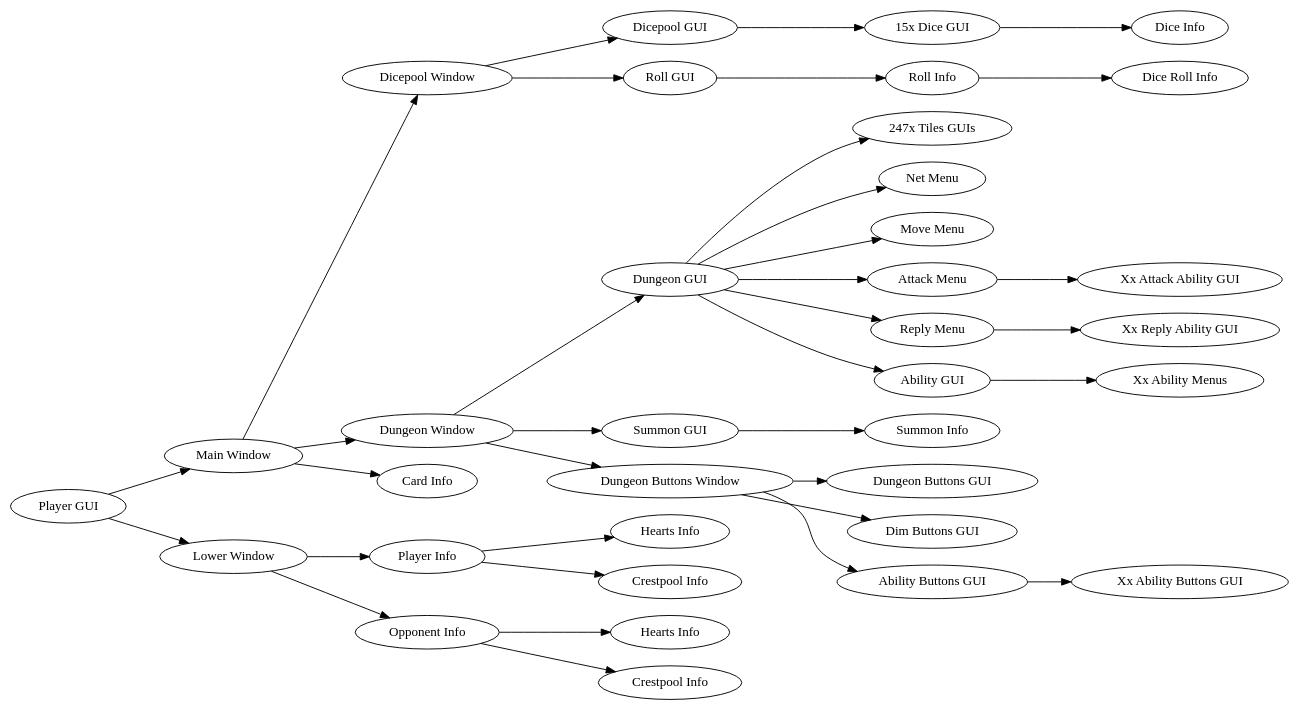
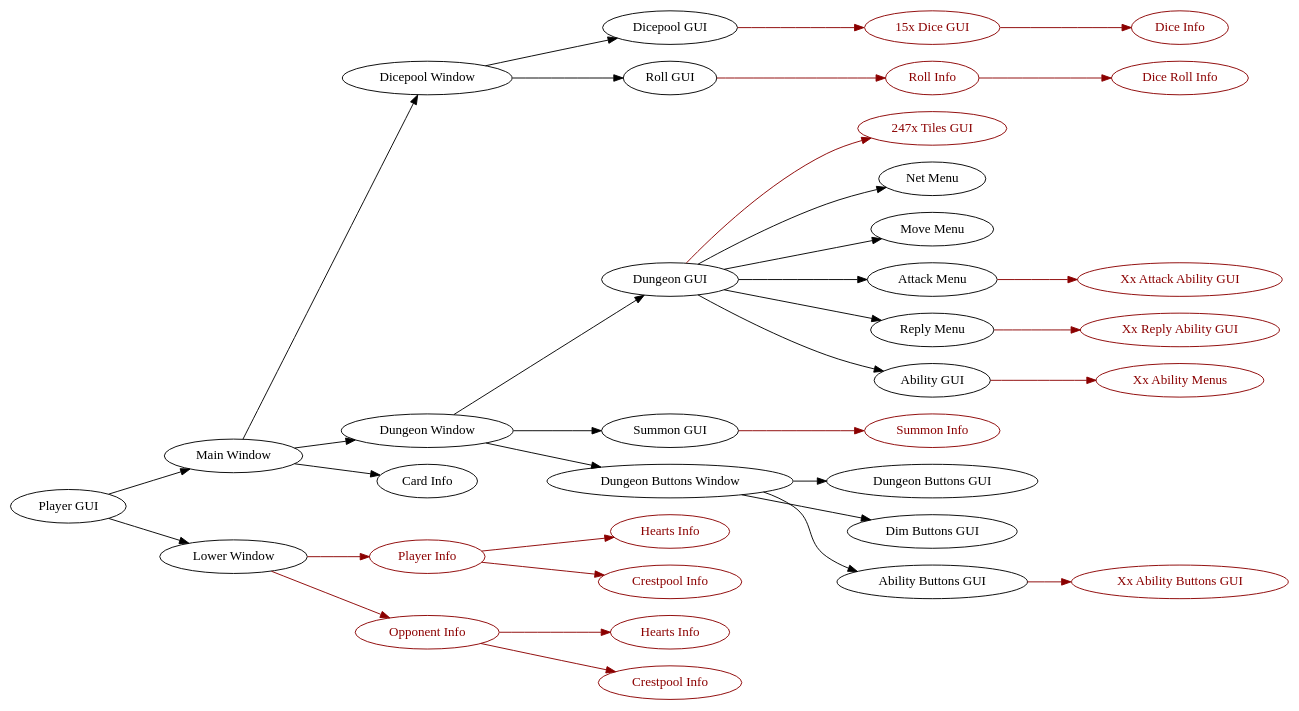
Before and after one commit to francocurotto/DDMre: the diagram in documentation/diagrams/player_gui.dot, drawn with Graphviz. The commit also changed 1 other file, not shown here.

Commit message:
update diagram

```diff
--- a/documentation/diagrams/player_gui.dot
+++ b/documentation/diagrams/player_gui.dot
@@ -1,23 +1,24 @@
 digraph player_gui {
     rankdir=LR
     "Player GUI" -> {"Main Window", "Lower Window"}
     "Main Window" -> {"Dicepool Window", "Dungeon Window", "Card Info"}
     "Dicepool Window" -> {"Dicepool GUI", "Roll GUI"}
-    "Dicepool GUI" -> "15x Dice GUI"
-    "15x Dice GUI" -> "Dice Info"
-    "Roll GUI" -> "Roll Info"
-    "Roll Info" -> "Dice Roll Info"
+    "Dicepool GUI" -> {"15x Dice GUI"[color=darkred, fontcolor=darkred]} [color=darkred]
+    "15x Dice GUI" -> {"Dice Info"[color=darkred, fontcolor=darkred]} [color=darkred]
+    "Roll GUI" -> {"Roll Info"[color=darkred, fontcolor=darkred]} [color=darkred]
+    "Roll Info" -> {"Dice Roll Info"[color=darkred, fontcolor=darkred]} [color=darkred]
     "Dungeon Window" -> {"Dungeon GUI", "Summon GUI", "Dungeon Buttons Window"}
-    "Dungeon GUI" -> {"247x Tiles GUIs", "Net Menu", "Move Menu", "Attack Menu", "Reply Menu", "Ability GUI"}
-    "Attack Menu" -> "Xx Attack Ability GUI"
-    "Reply Menu" -> "Xx Reply Ability GUI"
-    "Ability GUI" -> "Xx Ability Menus"
-    "Summon GUI" -> "Summon Info"
+    "Dungeon GUI" -> {"247x Tiles GUI" [color=darkred, fontcolor=darkred]} [color=darkred]
+    "Dungeon GUI" -> {"Net Menu", "Move Menu", "Attack Menu", "Reply Menu", "Ability GUI"}
+    "Attack Menu" -> {"Xx Attack Ability GUI"[color=darkred, fontcolor=darkred]} [color=darkred]
+    "Reply Menu" -> {"Xx Reply Ability GUI"[color=darkred, fontcolor=darkred]} [color=darkred]
+    "Ability GUI" -> {"Xx Ability Menus"[color=darkred, fontcolor=darkred]} [color=darkred]
+    "Summon GUI" -> {"Summon Info"[color=darkred, fontcolor=darkred]} [color=darkred]
     "Dungeon Buttons Window" -> {"Dungeon Buttons GUI", "Dim Buttons GUI", "Ability Buttons GUI"}
-    "Ability Buttons GUI" -> "Xx Ability Buttons GUI"
-    "Lower Window" -> {"Player Info", "Opponent Info"}
-    "Player Info" -> {"Hearts Info1"[label="Hearts Info"]} 
-    "Player Info" -> {"Crestpool Info1"[label="Crestpool Info"]}
-    "Opponent Info" -> {"Hearts Info2"[label="Hearts Info"]} 
-    "Opponent Info" -> {"Crestpool Info2"[label="Crestpool Info"]}
+    "Ability Buttons GUI" -> {"Xx Ability Buttons GUI"[color=darkred, fontcolor=darkred]} [color=darkred]
+    "Lower Window" -> {"Player Info", "Opponent Info"[color=darkred, fontcolor=darkred]} [color=darkred]
+    "Player Info" -> {"Hearts Info1"[label="Hearts Info", color=darkred, fontcolor=darkred]} [color=darkred] 
+    "Player Info" -> {"Crestpool Info1"[label="Crestpool Info", color=darkred, fontcolor=darkred]} [color=darkred]
+    "Opponent Info" -> {"Hearts Info2"[label="Hearts Info", color=darkred, fontcolor=darkred]} [color=darkred] 
+    "Opponent Info" -> {"Crestpool Info2"[label="Crestpool Info", color=darkred, fontcolor=darkred]} [color=darkred]
 }
```
